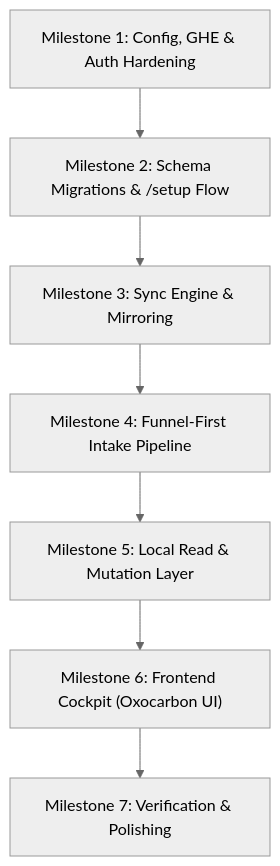
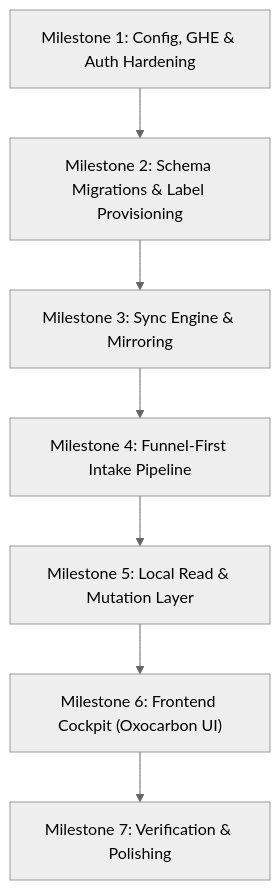
The diagram in TODO.md (t128n/funnel), drawn with Mermaid (neutral theme) before and after one commit. The commit also changed other lines of this file and 6 other files, not shown here.

First line of the commit message:
feat(labels): self-healing canonical label provisioning

````diff
--- a/TODO.md
+++ b/TODO.md
@@ -104,9 +110,9 @@
 ```mermaid
 flowchart TD
-    M1["Milestone 1: Config, GHE & Auth Hardening"] --> M2["Milestone 2: Schema Migrations & /setup Flow"]
+    M1["Milestone 1: Config, GHE & Auth Hardening"] --> M2["Milestone 2: Schema Migrations & Label Provisioning"]
     M2 --> M3["Milestone 3: Sync Engine & Mirroring"]
     M3 --> M4["Milestone 4: Funnel-First Intake Pipeline"]
     M4 --> M5["Milestone 5: Local Read & Mutation Layer"]
     M5 --> M6["Milestone 6: Frontend Cockpit (Oxocarbon UI)"]
     M6 --> M7["Milestone 7: Verification & Polishing"]
 ```
````
